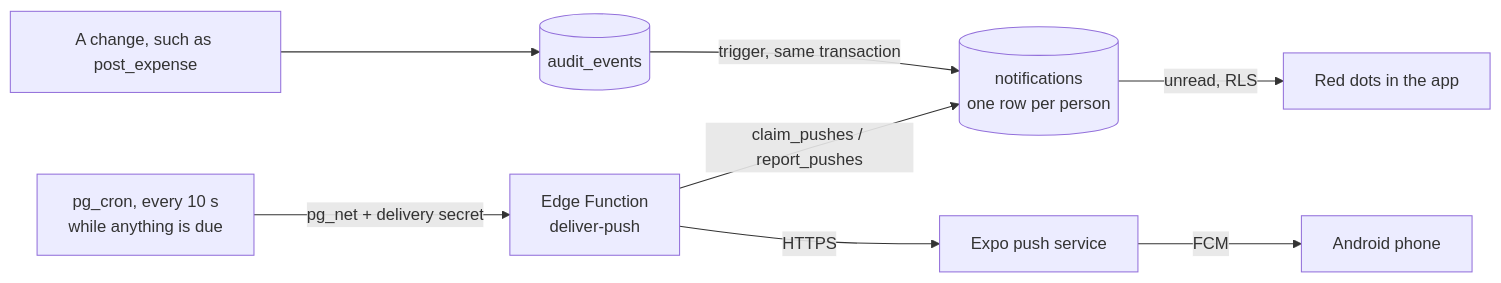
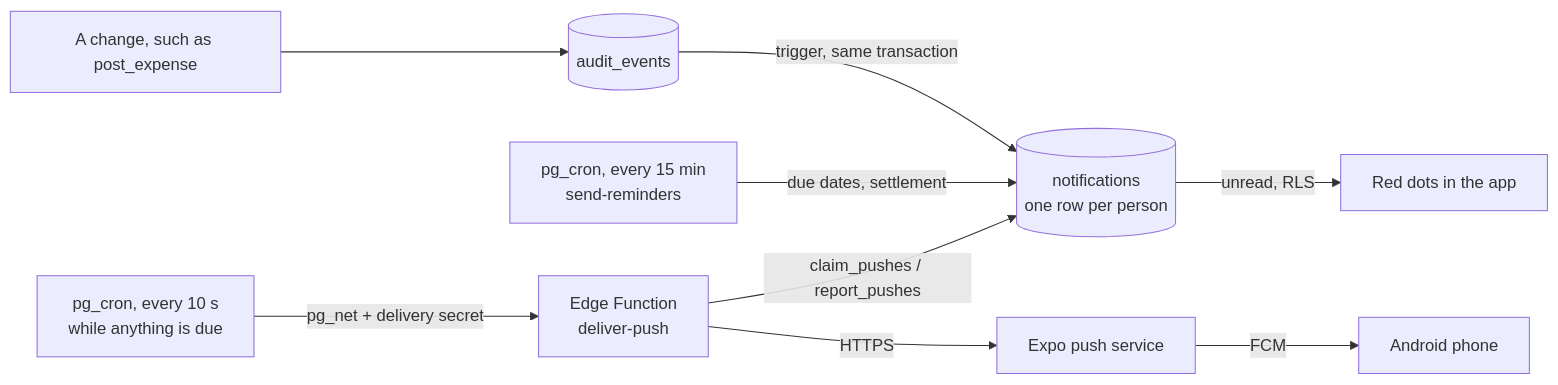
Before and after one commit to MAnasLatif/FlatMate: the diagram in docs/NOTIFICATIONS.md, drawn with Mermaid. The commit also changed other lines of this file and 6 other files, not shown here.

````diff
--- a/docs/NOTIFICATIONS.md
+++ b/docs/NOTIFICATIONS.md
@@ -7,10 +7,11 @@
 ```mermaid
 flowchart LR
   RPC["A change, such as post_expense"] --> AUDIT[("audit_events")]
   AUDIT -->|trigger, same transaction| NOTIF[("notifications<br/>one row per person")]
   NOTIF -->|unread, RLS| APP["Red dots in the app"]
+  REMIND["pg_cron, every 15 min<br/>send-reminders"] -->|due dates, settlement| NOTIF
   CRON["pg_cron, every 10 s<br/>while anything is due"] -->|pg_net + delivery secret| FN["Edge Function<br/>deliver-push"]
   FN -->|claim_pushes / report_pushes| NOTIF
   FN -->|HTTPS| EXPO["Expo push service"]
   EXPO -->|FCM| PHONE["Android phone"]
 ```
````
